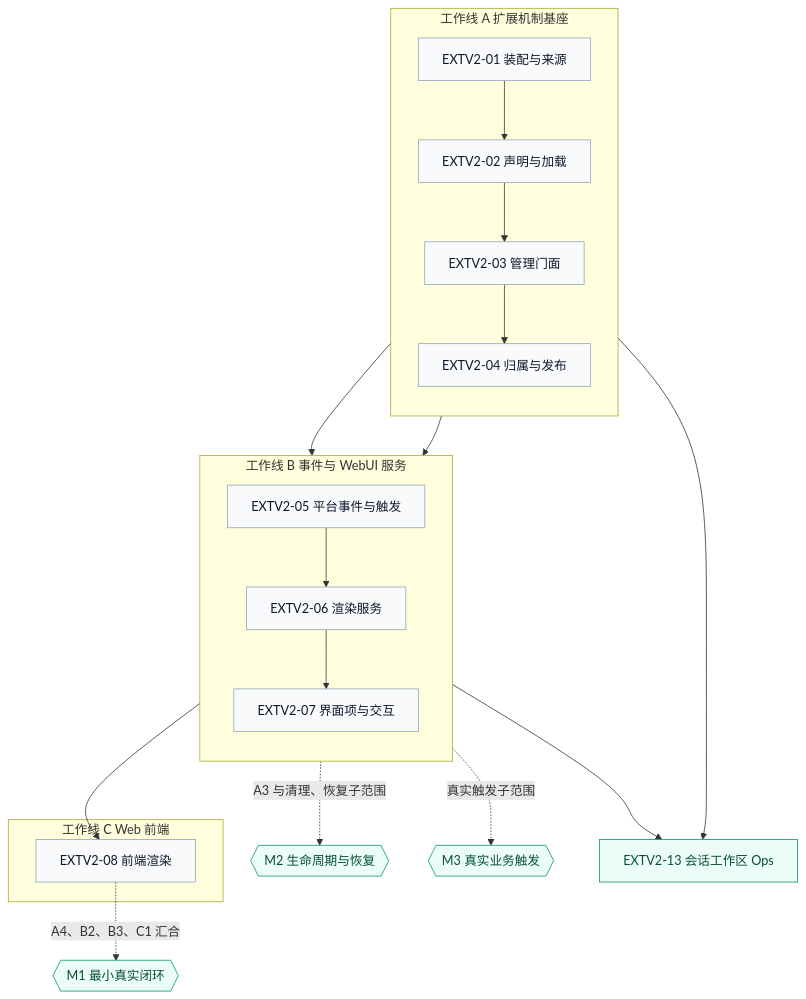
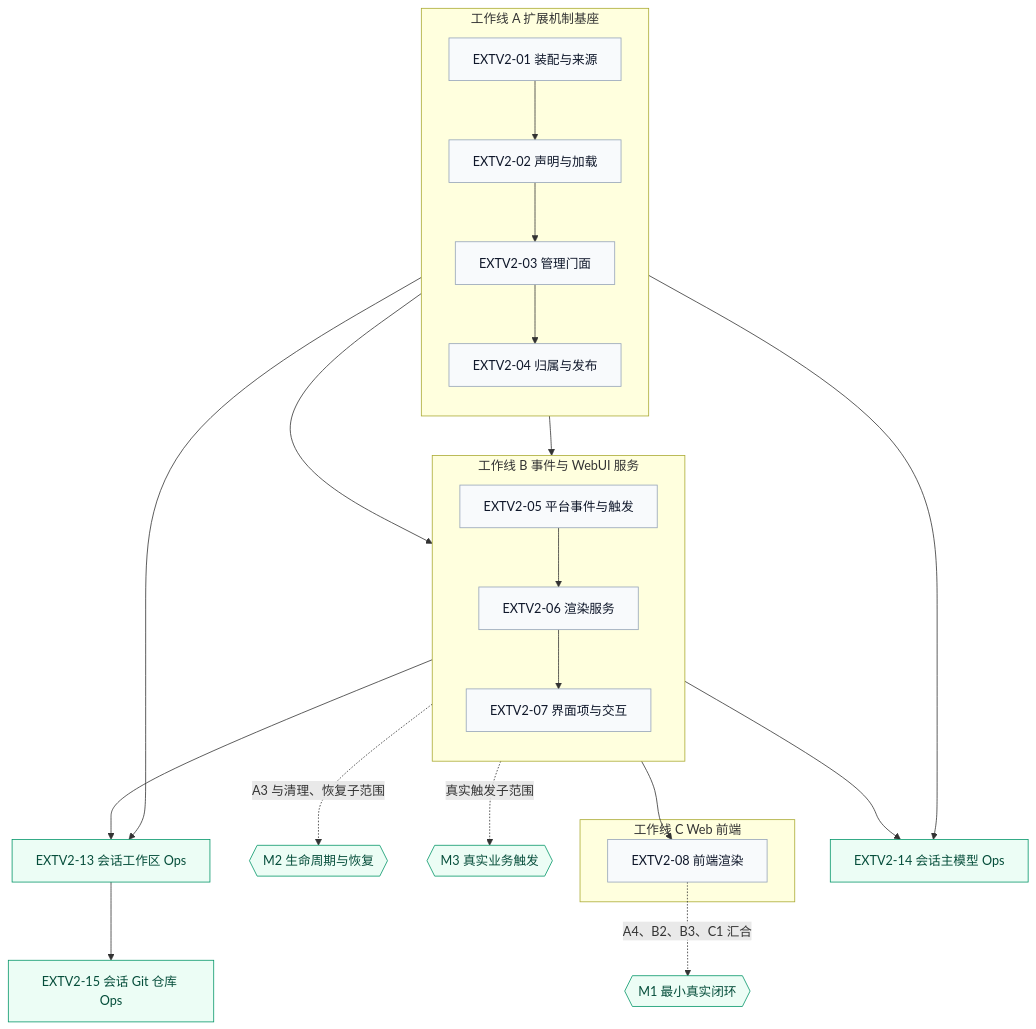
One commit to openJiuwen-ai/jiuwenswarm changed the first of 2 diagrams in jiuwenswarm/extensions_v2/docs/designs/extensions-v2-development-plan.md. Above: the diagram before and after it, drawn with Mermaid. The commit also changed other lines of this file and 8 other files, not shown here.

````diff
--- a/jiuwenswarm/extensions_v2/docs/designs/extensions-v2-development-plan.md
+++ b/jiuwenswarm/extensions_v2/docs/designs/extensions-v2-development-plan.md
@@ -269,41 +286,44 @@
 ```mermaid
 flowchart TB
     subgraph WA["工作线 A 扩展机制基座"]
         direction TB
         A1["EXTV2-01 装配与来源"] --> A2["EXTV2-02 声明与加载"]
         A2 --> A3["EXTV2-03 管理门面"]
         A3 --> A4["EXTV2-04 归属与发布"]
     end
 
     subgraph WB["工作线 B 事件与 WebUI 服务"]
         direction TB
         B1["EXTV2-05 平台事件与触发"] --> B2["EXTV2-06 渲染服务"]
         B2 --> B3["EXTV2-07 界面项与交互"]
     end
 
     subgraph WC["工作线 C Web 前端"]
         C1["EXTV2-08 前端渲染"]
     end
 
     M1{{"M1 最小真实闭环"}}
     M2{{"M2 生命周期与恢复"}}
     M3{{"M3 真实业务触发"}}
 
     WA ~~~ WB
     WB ~~~ WC
 
     A1 --> B1
     A1 --> S13["EXTV2-13 会话工作区 Ops"]
     B1 --> S13
+    A1 --> S14["EXTV2-14 会话主模型 Ops"]
+    B1 --> S14
+    S13 --> S15["EXTV2-15 会话 Git 仓库 Ops"]
     A4 --> B3
     B3 --> C1
 
     C1 -.->|"A4、B2、B3、C1 汇合"| M1
     B3 -.->|"A3 与清理、恢复子范围"| M2
     B1 -.->|"真实触发子范围"| M3
 
     classDef item fill:#f8fafc,stroke:#94a3b8,color:#0f172a;
     classDef node fill:#ecfdf5,stroke:#059669,color:#064e3b;
     class A1,A2,A3,A4,B1,B2,B3,C1 item;
     class M1,M2,M3 node;
 ```
````
